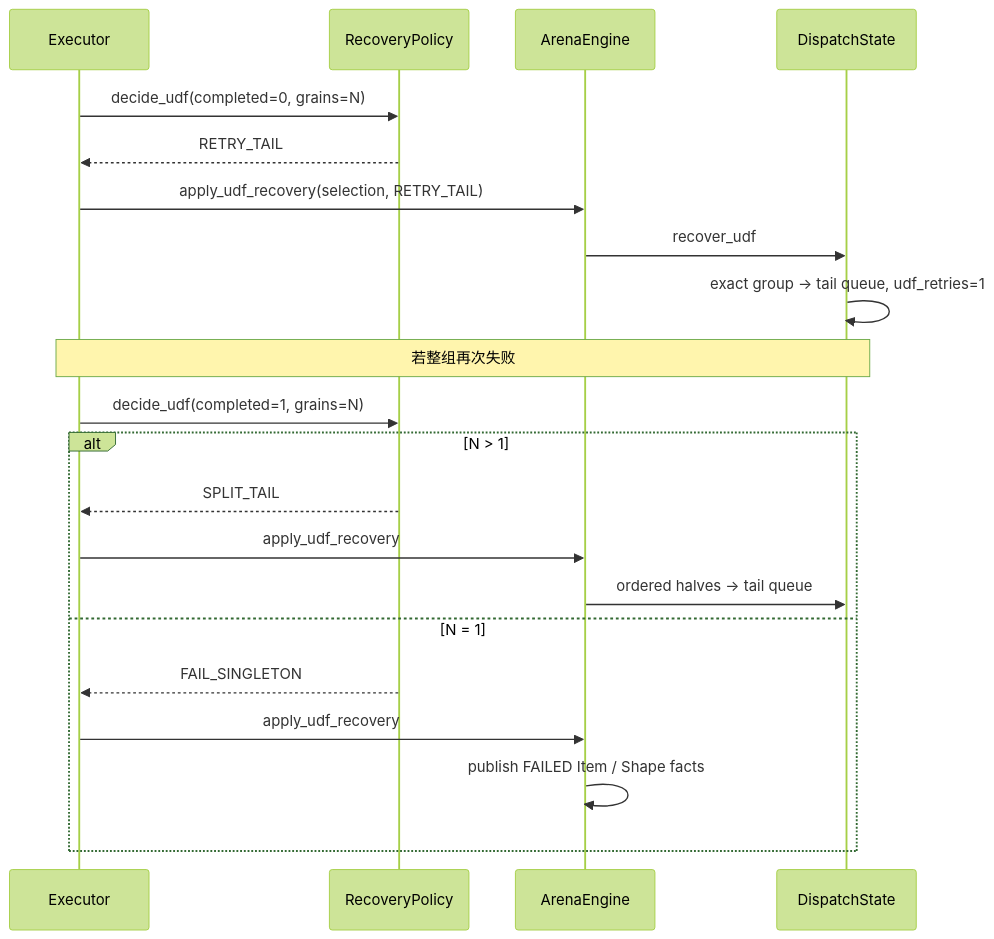
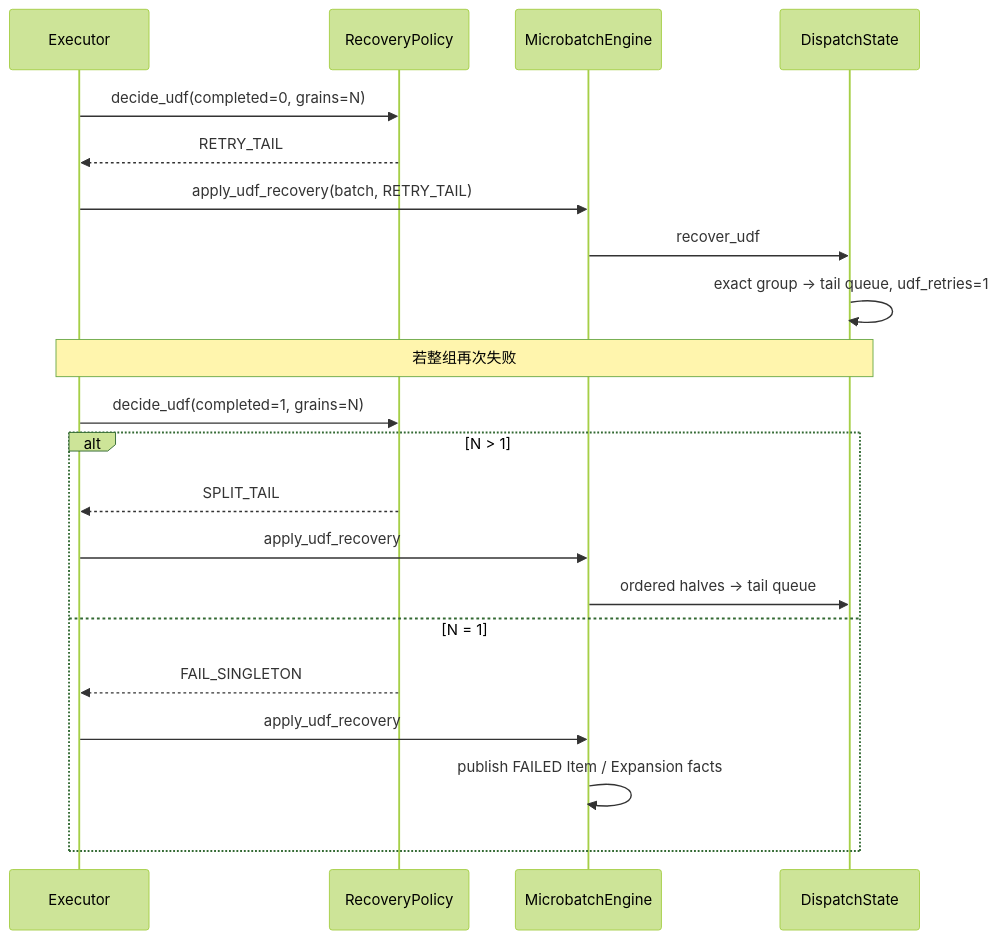
One commit to OpenDCAI/RayOrch changed diagram 14 of 16 in docs/multigrain_v3_6_tutorial.md. Above: the diagram before and after it, drawn with Mermaid (forest theme). The commit also changed other lines of this file and 38 other files, not shown here.

Commit message:
feat(v3.6): unify architecture vocabulary and state ownership

````diff
--- a/docs/multigrain_v3_6_tutorial.md
+++ b/docs/multigrain_v3_6_tutorial.md
@@ -1356,24 +1377,24 @@
 ```mermaid
 sequenceDiagram
     participant E as Executor
     participant P as RecoveryPolicy
-    participant A as ArenaEngine
+    participant A as MicrobatchEngine
     participant D as DispatchState
 
     E->>P: decide_udf(completed=0, grains=N)
     P-->>E: RETRY_TAIL
-    E->>A: apply_udf_recovery(selection, RETRY_TAIL)
+    E->>A: apply_udf_recovery(batch, RETRY_TAIL)
     A->>D: recover_udf
     D->>D: exact group → tail queue, udf_retries=1
     Note over E,D: 若整组再次失败
     E->>P: decide_udf(completed=1, grains=N)
     alt N > 1
         P-->>E: SPLIT_TAIL
         E->>A: apply_udf_recovery
         A->>D: ordered halves → tail queue
     else N = 1
         P-->>E: FAIL_SINGLETON
         E->>A: apply_udf_recovery
-        A->>A: publish FAILED Item / Shape facts
+        A->>A: publish FAILED Item / Expansion facts
     end
 ```
````
